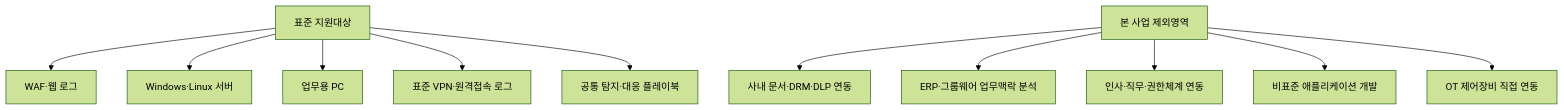
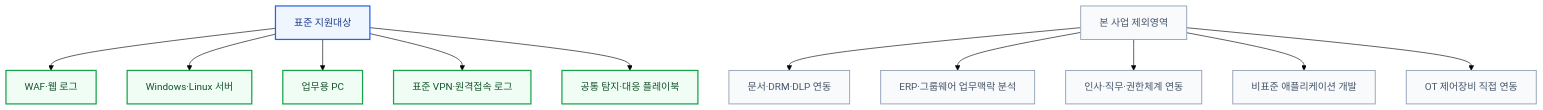
One commit to qubitsec/plura changed the fifth of 9 diagrams in ko/proposal/ulsan/ulsan-full.md. Above: the diagram before and after it, drawn with Mermaid (forest theme).

````diff
--- a/ko/proposal/ulsan/ulsan-full.md
+++ b/ko/proposal/ulsan/ulsan-full.md
@@ -526,16 +526,24 @@
 ```mermaid
 flowchart TB
     A["표준 지원대상"]
     A --> B["WAF·웹 로그"]
     A --> C["Windows·Linux 서버"]
     A --> D["업무용 PC"]
     A --> E["표준 VPN·원격접속 로그"]
     A --> F["공통 탐지·대응 플레이북"]
 
     G["본 사업 제외영역"]
-    G --> H["사내 문서·DRM·DLP 연동"]
+    G --> H["문서·DRM·DLP 연동"]
     G --> I["ERP·그룹웨어 업무맥락 분석"]
     G --> J["인사·직무·권한체계 연동"]
     G --> K["비표준 애플리케이션 개발"]
     G --> L["OT 제어장비 직접 연동"]
+
+    classDef standard fill:#eff6ff,stroke:#2563eb,stroke-width:2px,color:#1e3a8a;
+    classDef operation fill:#f0fdf4,stroke:#16a34a,stroke-width:2px,color:#14532d;
+    classDef excluded fill:#f8fafc,stroke:#94a3b8,stroke-width:1.5px,color:#475569;
+
+    class A standard;
+    class B,C,D,E,F operation;
+    class G,H,I,J,K,L excluded;
 ```
````
